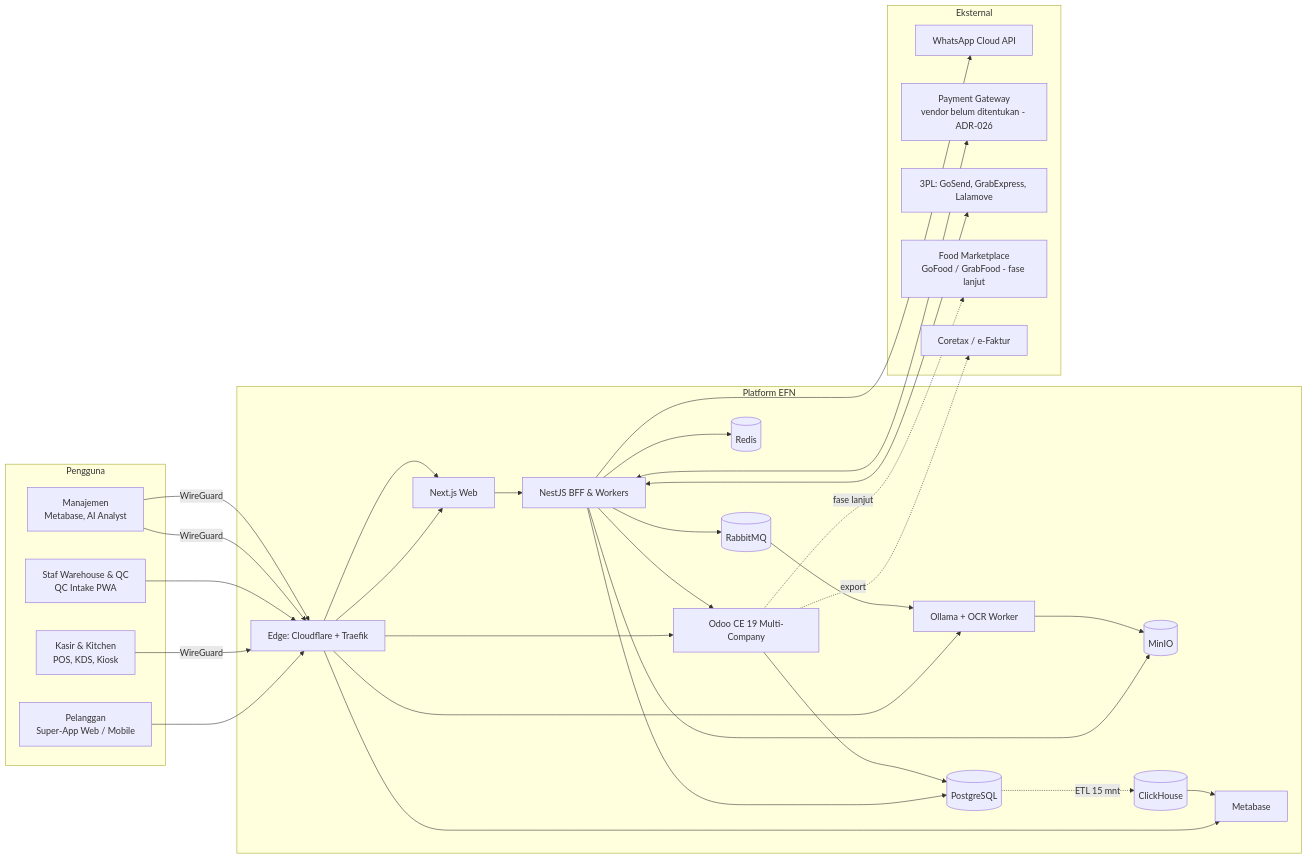
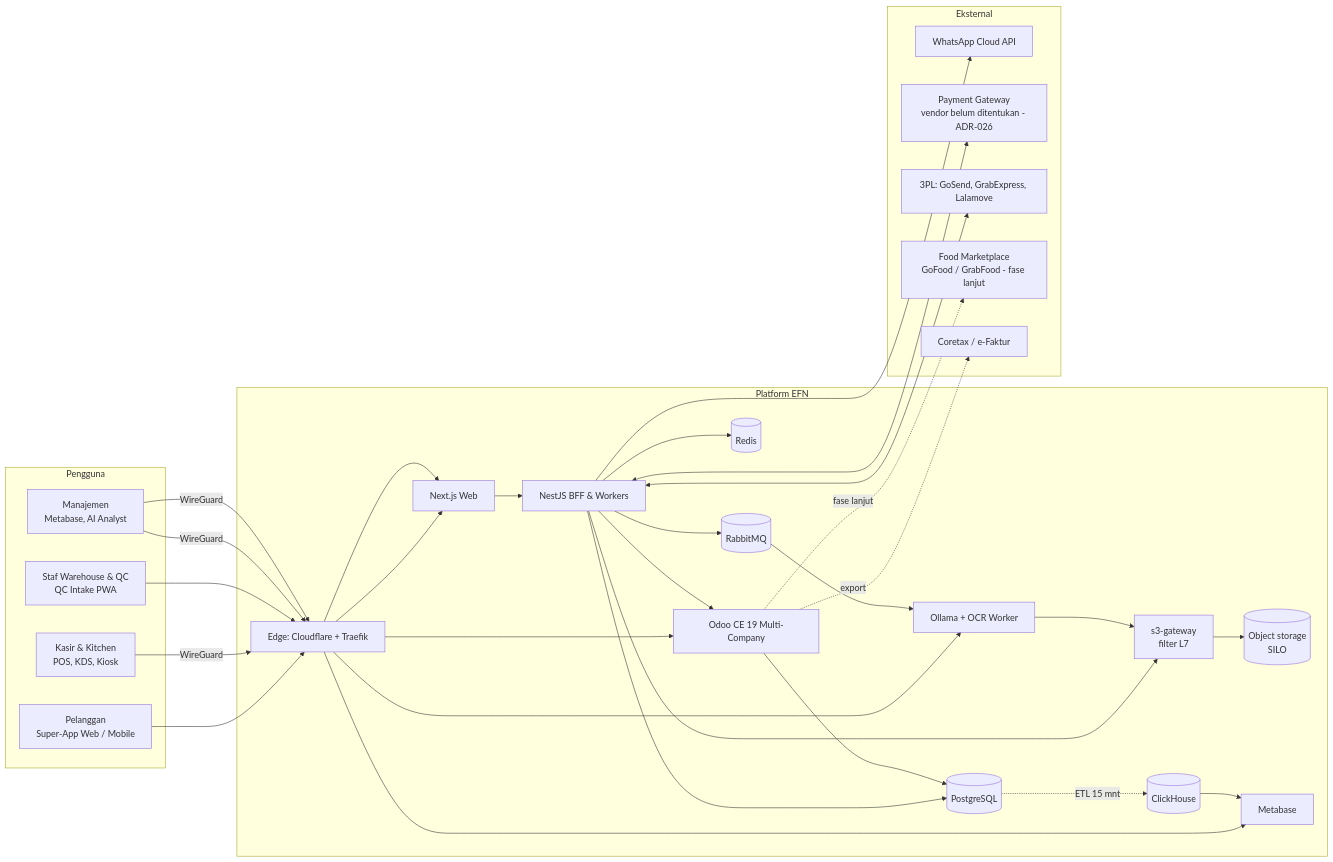
The first of 8 diagrams in docs/02_TARGET_ARCHITECTURE.md (BIma-Creative-Tech/efn-platform), drawn with Mermaid before and after one commit. The commit also changed other lines of this file and 9 other files, not shown here.

````diff
--- a/docs/02_TARGET_ARCHITECTURE.md
+++ b/docs/02_TARGET_ARCHITECTURE.md
@@ -11,51 +13,52 @@
 ```mermaid
 flowchart LR
   subgraph Pengguna
     C[Pelanggan<br/>Super-App Web / Mobile]
     K[Kasir & Kitchen<br/>POS, KDS, Kiosk]
     W[Staf Warehouse & QC<br/>QC Intake PWA]
     M[Manajemen<br/>Metabase, AI Analyst]
   end
 
   subgraph EFN[Platform EFN]
     E[Edge: Cloudflare + Traefik]
     F[Next.js Web]
     B[NestJS BFF & Workers]
     O[Odoo CE 19 Multi-Company]
     D[(PostgreSQL)]
     R[(Redis)]
     Q[(RabbitMQ)]
-    S[(MinIO)]
+    GW[s3-gateway<br/>filter L7]
+    S[(Object storage<br/>SILO)]
     CH[(ClickHouse)]
     MB[Metabase]
     AI[Ollama + OCR Worker]
   end
 
   subgraph Eksternal
     WA[WhatsApp Cloud API]
     PG[Payment Gateway<br/>vendor belum ditentukan - ADR-026]
     L3[3PL: GoSend, GrabExpress, Lalamove]
     FM[Food Marketplace<br/>GoFood / GrabFood - fase lanjut]
     TAX[Coretax / e-Faktur]
   end
 
   C --> E --> F --> B
   K -- WireGuard --> E --> O
   W --> E --> F
   M -- WireGuard --> E --> MB
   M -- WireGuard --> E --> AI
   B --> O
   B --> D
   B --> R
   B --> Q
-  B --> S
+  B --> GW --> S
   O --> D
   Q --> AI
-  AI --> S
+  AI --> GW
   D -. ETL 15 mnt .-> CH --> MB
   B --> WA
   B <--> PG
   B <--> L3
   O -. fase lanjut .-> FM
   O -. export .-> TAX
 ```
````
